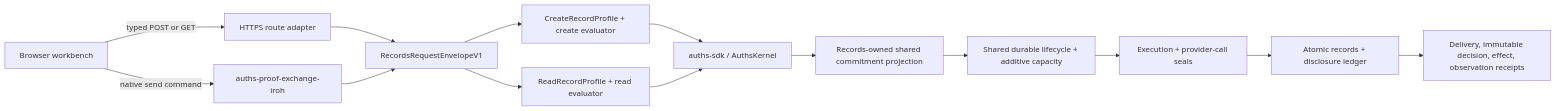
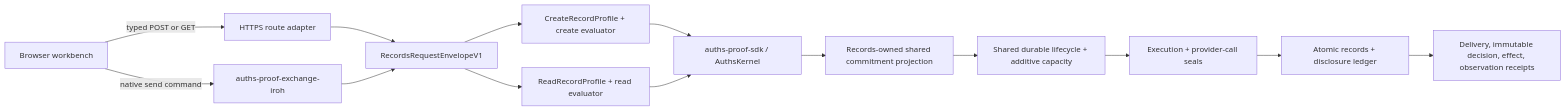
One commit to auths-dev/auths-proof changed the diagram in demos/rest-api-authorization/docs/architecture.md. Above: the diagram before and after it, drawn with Mermaid. The commit also changed 62 other files, not shown here.

````diff
--- a/demos/rest-api-authorization/docs/architecture.md
+++ b/demos/rest-api-authorization/docs/architecture.md
@@ -3,16 +3,16 @@
 ```mermaid
 flowchart LR
     Browser["Browser workbench"] -->|typed POST or GET| HTTP["HTTPS route adapter"]
     Browser -->|native send command| Iroh["auths-proof-exchange-iroh"]
     HTTP --> Envelope["RecordsRequestEnvelopeV1"]
     Iroh --> Envelope
     Envelope --> Create["CreateRecordProfile + create evaluator"]
     Envelope --> Read["ReadRecordProfile + read evaluator"]
-    Create --> Kernel["auths-sdk / AuthsKernel"]
+    Create --> Kernel["auths-proof-sdk / AuthsKernel"]
     Read --> Kernel
     Kernel --> Projection["Records-owned shared commitment projection"]
     Projection --> Lifecycle["Shared durable lifecycle + additive capacity"]
     Lifecycle --> Seal["Execution + provider-call seals"]
     Seal --> Ledger["Atomic records + disclosure ledger"]
     Ledger --> Receipts["Delivery, immutable decision, effect, observation receipts"]
 ```
````
